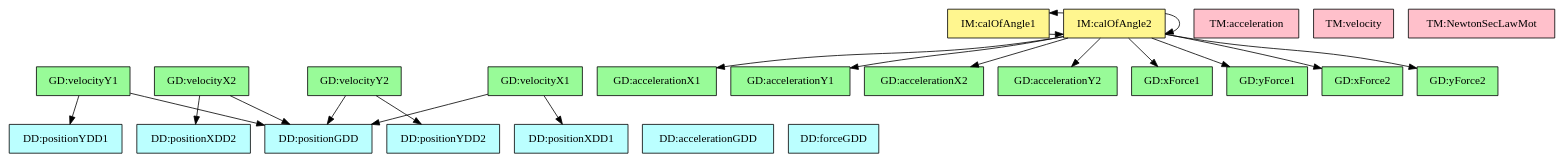
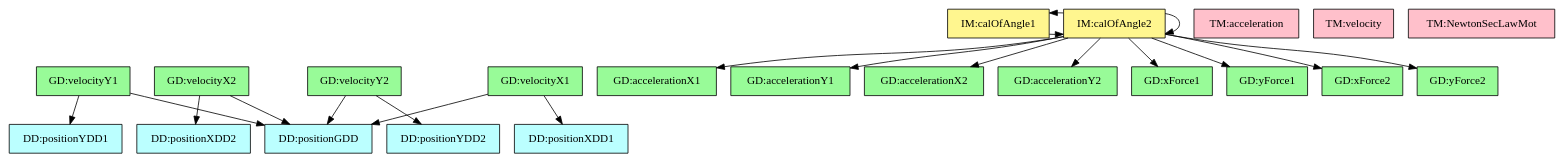
Before and after one commit to JacquesCarette/Drasil: the diagram in code/stable/dblpend/TraceyGraph/refvsref.dot, drawn with Graphviz. The commit also changed 12 other files, not shown here.

```diff
--- a/code/stable/dblpend/TraceyGraph/refvsref.dot
+++ b/code/stable/dblpend/TraceyGraph/refvsref.dot
@@ -1,61 +1,59 @@
 digraph "refvsref" {
     "theory:v_x1" -> "dataDefn:velocity";
     "theory:v_x1" -> "dataDefn:p_x1";
     "theory:v_y1" -> "dataDefn:velocity";
     "theory:v_y1" -> "dataDefn:p_y1";
     "theory:v_x2" -> "dataDefn:velocity";
     "theory:v_x2" -> "dataDefn:p_x2";
     "theory:v_y2" -> "dataDefn:velocity";
     "theory:v_y2" -> "dataDefn:p_y2";
     "theory:angleIM1" -> "theory:angleIM2";
     "theory:angleIM2" -> "theory:a_x1";
     "theory:angleIM2" -> "theory:a_y1";
     "theory:angleIM2" -> "theory:a_x2";
     "theory:angleIM2" -> "theory:a_y2";
     "theory:angleIM2" -> "theory:xForce1";
     "theory:angleIM2" -> "theory:yForce1";
     "theory:angleIM2" -> "theory:xForce2";
     "theory:angleIM2" -> "theory:yForce2";
     "theory:angleIM2" -> "theory:angleIM1";
     "theory:angleIM2" -> "theory:angleIM2";
     "dataDefn:velocity" [shape=box, color=black, style=filled, fillcolor="paleturquoise1", label="DD:positionGDD"];
     "dataDefn:p_x1" [shape=box, color=black, style=filled, fillcolor="paleturquoise1", label="DD:positionXDD1"];
     "dataDefn:p_y1" [shape=box, color=black, style=filled, fillcolor="paleturquoise1", label="DD:positionYDD1"];
     "dataDefn:p_x2" [shape=box, color=black, style=filled, fillcolor="paleturquoise1", label="DD:positionXDD2"];
     "dataDefn:p_y2" [shape=box, color=black, style=filled, fillcolor="paleturquoise1", label="DD:positionYDD2"];
-    "dataDefn:acceleration" [shape=box, color=black, style=filled, fillcolor="paleturquoise1", label="DD:accelerationGDD"];
-    "dataDefn:force" [shape=box, color=black, style=filled, fillcolor="paleturquoise1", label="DD:forceGDD"];
     subgraph "DD" {
         rank="same";
-        "dataDefn:velocity" "dataDefn:p_x1" "dataDefn:p_y1" "dataDefn:p_x2" "dataDefn:p_y2" "dataDefn:acceleration" "dataDefn:force";
+        "dataDefn:velocity" "dataDefn:p_x1" "dataDefn:p_y1" "dataDefn:p_x2" "dataDefn:p_y2";
     }
     "theory:accelerationTM" [shape=box, color=black, style=filled, fillcolor="pink", label="TM:acceleration"];
     "theory:velocityTM" [shape=box, color=black, style=filled, fillcolor="pink", label="TM:velocity"];
     "theory:newtonSL" [shape=box, color=black, style=filled, fillcolor="pink", label="TM:NewtonSecLawMot"];
     subgraph "TM" {
         rank="same";
         "theory:accelerationTM" "theory:velocityTM" "theory:newtonSL";
     }
     "theory:v_x1" [shape=box, color=black, style=filled, fillcolor="palegreen", label="GD:velocityX1"];
     "theory:v_y1" [shape=box, color=black, style=filled, fillcolor="palegreen", label="GD:velocityY1"];
     "theory:v_x2" [shape=box, color=black, style=filled, fillcolor="palegreen", label="GD:velocityX2"];
     "theory:v_y2" [shape=box, color=black, style=filled, fillcolor="palegreen", label="GD:velocityY2"];
     "theory:a_x1" [shape=box, color=black, style=filled, fillcolor="palegreen", label="GD:accelerationX1"];
     "theory:a_y1" [shape=box, color=black, style=filled, fillcolor="palegreen", label="GD:accelerationY1"];
     "theory:a_x2" [shape=box, color=black, style=filled, fillcolor="palegreen", label="GD:accelerationX2"];
     "theory:a_y2" [shape=box, color=black, style=filled, fillcolor="palegreen", label="GD:accelerationY2"];
     "theory:xForce1" [shape=box, color=black, style=filled, fillcolor="palegreen", label="GD:xForce1"];
     "theory:yForce1" [shape=box, color=black, style=filled, fillcolor="palegreen", label="GD:yForce1"];
     "theory:xForce2" [shape=box, color=black, style=filled, fillcolor="palegreen", label="GD:xForce2"];
     "theory:yForce2" [shape=box, color=black, style=filled, fillcolor="palegreen", label="GD:yForce2"];
     subgraph "GD" {
         rank="same";
         "theory:v_x1" "theory:v_y1" "theory:v_x2" "theory:v_y2" "theory:a_x1" "theory:a_y1" "theory:a_x2" "theory:a_y2" "theory:xForce1" "theory:yForce1" "theory:xForce2" "theory:yForce2";
     }
     "theory:angleIM1" [shape=box, color=black, style=filled, fillcolor="khaki1", label="IM:calOfAngle1"];
     "theory:angleIM2" [shape=box, color=black, style=filled, fillcolor="khaki1", label="IM:calOfAngle2"];
     subgraph "IM" {
         rank="same";
         "theory:angleIM1" "theory:angleIM2";
     }
 }
```
